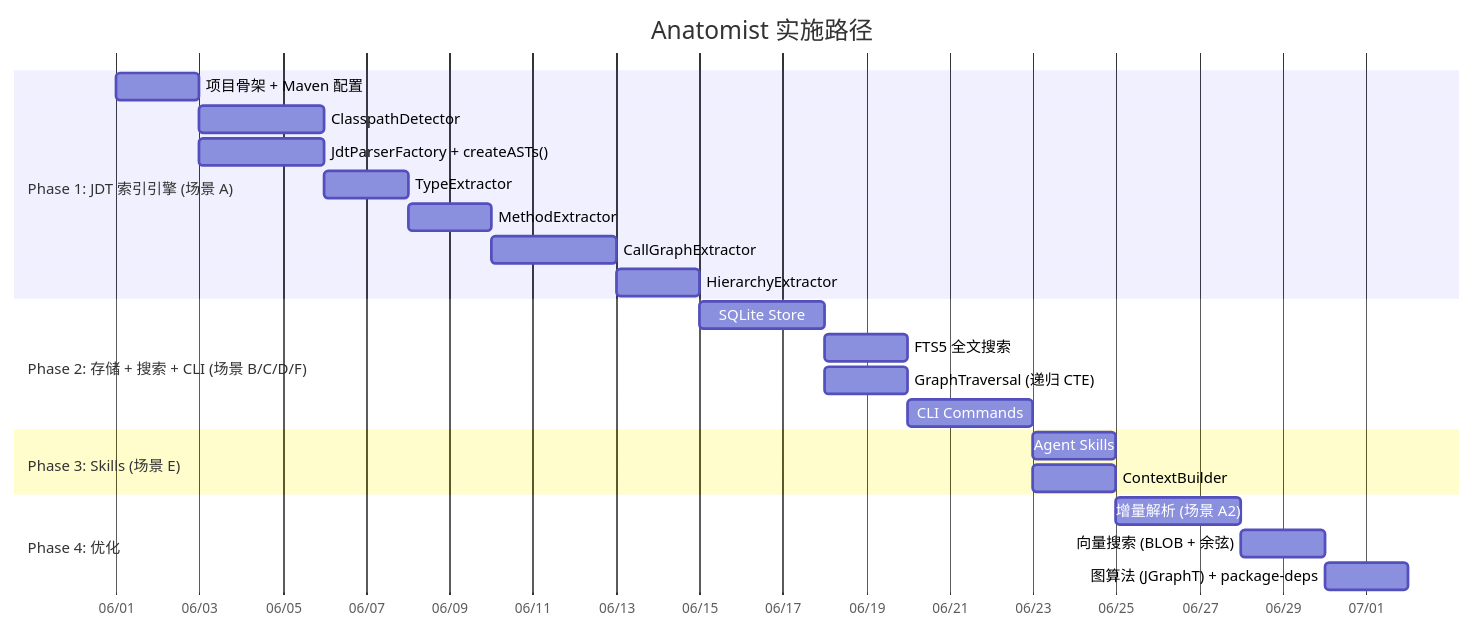
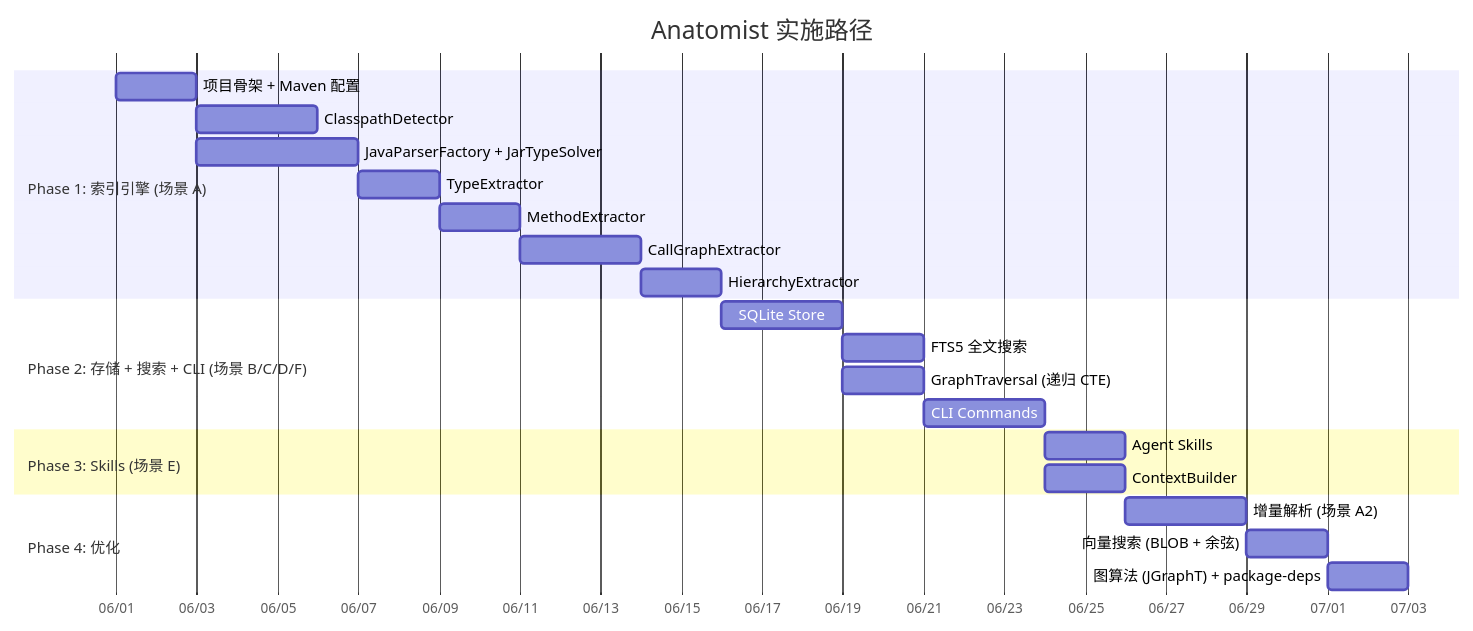
The seventh of 7 diagrams in DESIGN.md (stream-iori/anatomist), drawn with Mermaid before and after one commit. The commit also changed other lines of this file and 51 other files, not shown here.

First line of the commit message:
Replace JDT with JavaParser + SymbolSolver

````diff
--- a/DESIGN.md
+++ b/DESIGN.md
@@ -999,30 +1007,30 @@
 ```mermaid
 gantt
     title Anatomist 实施路径
     dateFormat  YYYY-MM-DD
     axisFormat  %m/%d
 
-    section Phase 1: JDT 索引引擎 (场景 A)
-    项目骨架 + Maven 配置           :p1a, 2026-06-01, 2d
-    ClasspathDetector               :p1b, after p1a, 3d
-    JdtParserFactory + createASTs() :p1c, after p1a, 3d
-    TypeExtractor                   :p1d, after p1c, 2d
-    MethodExtractor                 :p1e, after p1d, 2d
-    CallGraphExtractor              :p1f, after p1e, 3d
-    HierarchyExtractor              :p1g, after p1f, 2d
+    section Phase 1: 索引引擎 (场景 A)
+    项目骨架 + Maven 配置             :p1a, 2026-06-01, 2d
+    ClasspathDetector                 :p1b, after p1a, 3d
+    JavaParserFactory + JarTypeSolver :p1c, after p1a, 4d
+    TypeExtractor                     :p1d, after p1c, 2d
+    MethodExtractor                   :p1e, after p1d, 2d
+    CallGraphExtractor                :p1f, after p1e, 3d
+    HierarchyExtractor                :p1g, after p1f, 2d
 
     section Phase 2: 存储 + 搜索 + CLI (场景 B/C/D/F)
     SQLite Store                    :p2a, after p1g, 3d
     FTS5 全文搜索                    :p2b, after p2a, 2d
     GraphTraversal (递归 CTE)       :p2c, after p2a, 2d
     CLI Commands                    :p2d, after p2b, 3d
 
     section Phase 3: Skills (场景 E)
     Agent Skills                    :p3b, after p2d, 2d
     ContextBuilder                  :p3c, after p2d, 2d
 
     section Phase 4: 优化
     增量解析 (场景 A2)               :p4a, after p3c, 3d
     向量搜索 (BLOB + 余弦)           :p4b, after p4a, 2d
     图算法 (JGraphT) + package-deps  :p4c, after p4b, 2d
 ```
````
